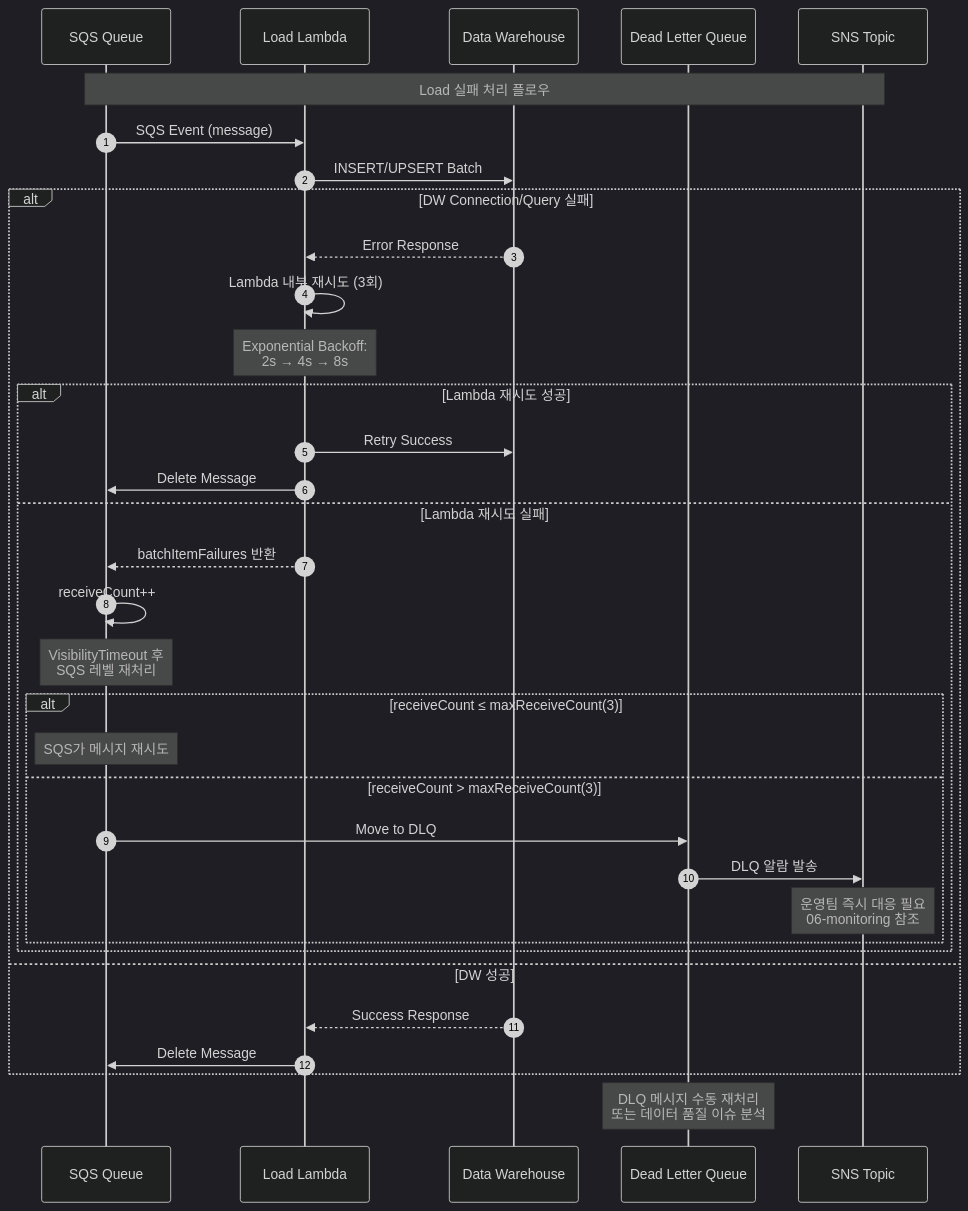
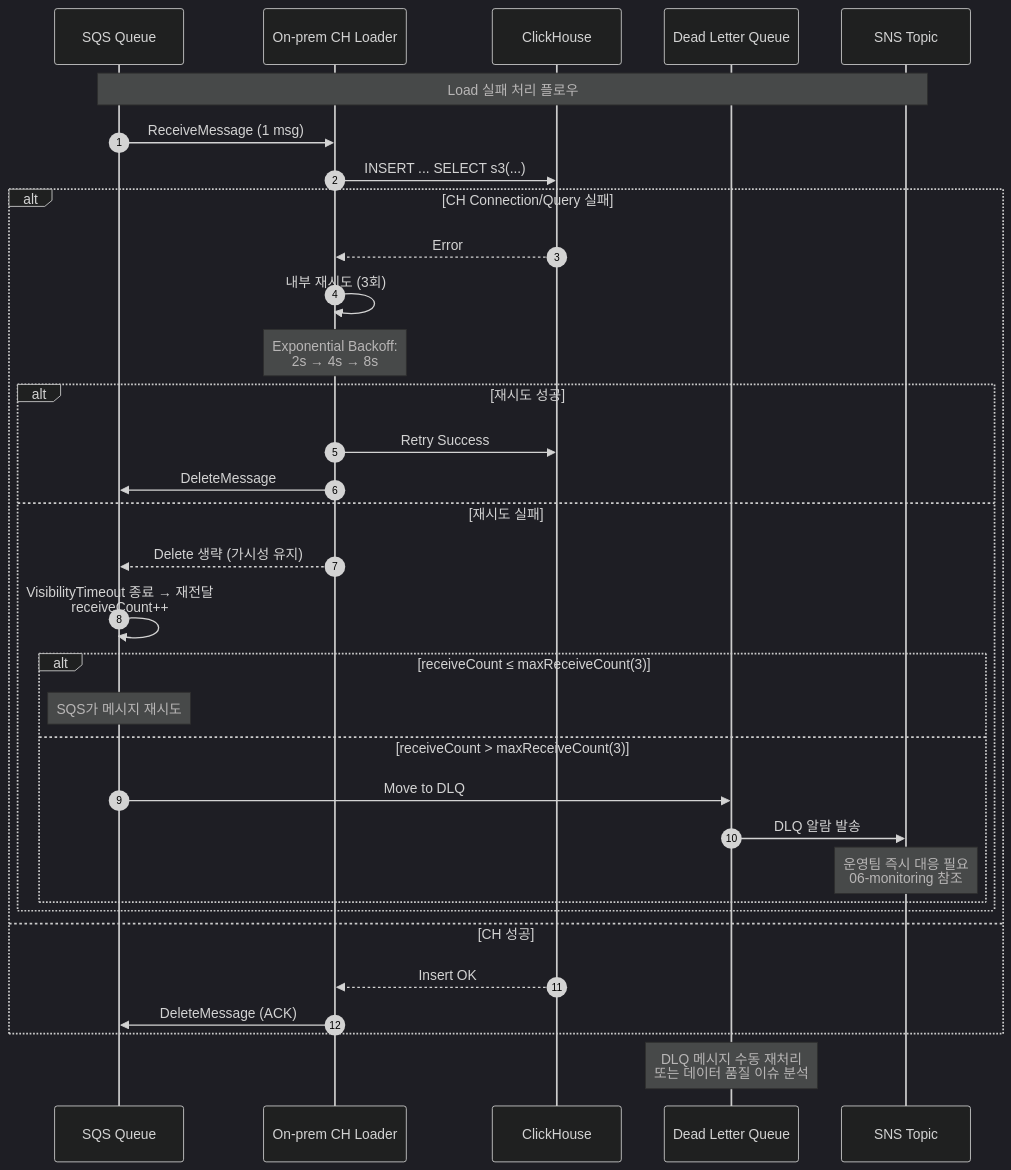
One commit to keemgdeok/fin-forge-pipeline changed the diagram in docs/diagrams/load/04-retry-and-dlq.md. Above: the diagram before and after it, drawn with Mermaid (dark theme). The commit also changed other lines of this file and 15 other files, not shown here.

Commit message:
refactor: changed load flow

````diff
--- a/docs/diagrams/load/04-retry-and-dlq.md
+++ b/docs/diagrams/load/04-retry-and-dlq.md
@@ -3,41 +3,40 @@
 ```mermaid
 sequenceDiagram
   autonumber
   participant SQS as SQS Queue
-  participant LOAD as Load Lambda
-  participant DW as Data Warehouse
+  participant AGT as On‑prem CH Loader
+  participant CH as ClickHouse
   participant DLQ as Dead Letter Queue
   participant SNS as SNS Topic
 
   Note over SQS,SNS: Load 실패 처리 플로우
   
-  SQS->>LOAD: SQS Event (message)
-  LOAD->>DW: INSERT/UPSERT Batch
-  alt DW Connection/Query 실패
-    DW-->>LOAD: Error Response
-    LOAD->>LOAD: Lambda 내부 재시도 (3회)
-    Note over LOAD: Exponential Backoff:<br/>2s → 4s → 8s
+  SQS->>AGT: ReceiveMessage (1 msg)
+  AGT->>CH: INSERT ... SELECT s3(...)
+  alt CH Connection/Query 실패
+    CH-->>AGT: Error
+    AGT->>AGT: 내부 재시도 (3회)
+    Note over AGT: Exponential Backoff:<br/>2s → 4s → 8s
     
-    alt Lambda 재시도 성공
-      LOAD->>DW: Retry Success
-      LOAD->>SQS: Delete Message
-    else Lambda 재시도 실패
-      LOAD-->>SQS: batchItemFailures 반환
-      SQS->>SQS: receiveCount++
-      Note over SQS: VisibilityTimeout 후<br/>SQS 레벨 재처리
+    alt 재시도 성공
+      AGT->>CH: Retry Success
+      AGT->>SQS: DeleteMessage
+    else 재시도 실패
+      AGT-->>SQS: Delete 생략 (가시성 유지)
+      SQS->>SQS: VisibilityTimeout 종료 → 재전달<br/>receiveCount++
       
       alt receiveCount ≤ maxReceiveCount(3)
         Note over SQS: SQS가 메시지 재시도
       else receiveCount > maxReceiveCount(3)
         SQS->>DLQ: Move to DLQ
         DLQ->>SNS: DLQ 알람 발송
         Note over SNS: 운영팀 즉시 대응 필요<br/>06-monitoring 참조
       end
     end
-  else DW 성공
-    DW-->>LOAD: Success Response  
-    LOAD->>SQS: Delete Message
+  else CH 성공
+    CH-->>AGT: Insert OK
+    AGT->>SQS: DeleteMessage (ACK)
   end
 
   Note over DLQ: DLQ 메시지 수동 재처리<br/>또는 데이터 품질 이슈 분석
 ```
````
